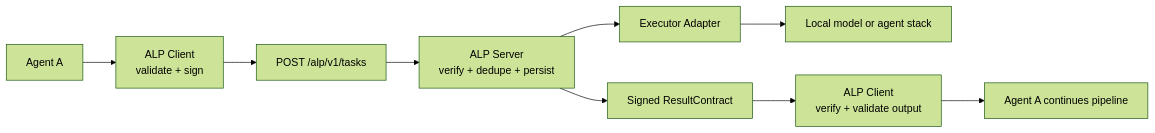
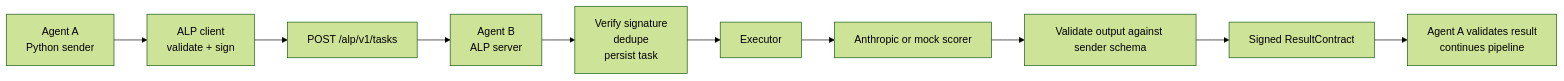
Before and after one commit to pythonstuff8/ALP: the first of 2 diagrams in README.md, drawn with Mermaid (forest theme). The commit also changed other lines of this file and 30 other files, not shown here.

````diff
--- a/README.md
+++ b/README.md
@@ -42,11 +30,12 @@
 ```mermaid
 flowchart LR
-  A["Agent A"] --> B["ALP Client<br/>validate + sign"]
+  A["Agent A<br/>Python sender"] --> B["ALP client<br/>validate + sign"]
   B --> C["POST /alp/v1/tasks"]
-  C --> D["ALP Server<br/>verify + dedupe + persist"]
-  D --> E["Executor Adapter"]
-  E --> F["Local model or agent stack"]
-  D --> G["Signed ResultContract"]
-  G --> H["ALP Client<br/>verify + validate output"]
-  H --> I["Agent A continues pipeline"]
+  C --> D["Agent B<br/>ALP server"]
+  D --> E["Verify signature<br/>dedupe<br/>persist task"]
+  E --> F["Executor"]
+  F --> G["Anthropic or mock scorer"]
+  G --> H["Validate output against sender schema"]
+  H --> I["Signed ResultContract"]
+  I --> J["Agent A validates result<br/>continues pipeline"]
 ```
````
